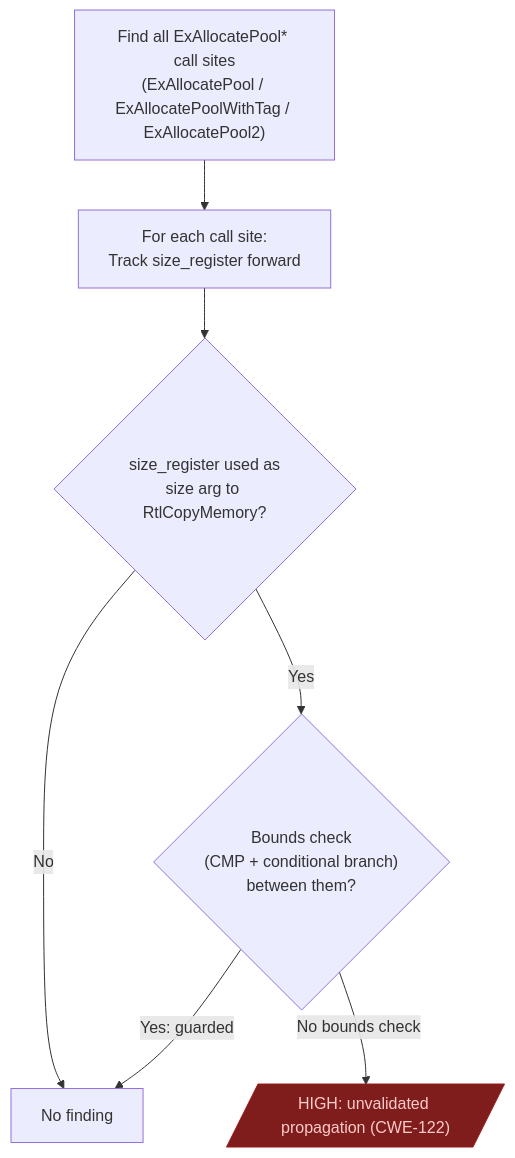
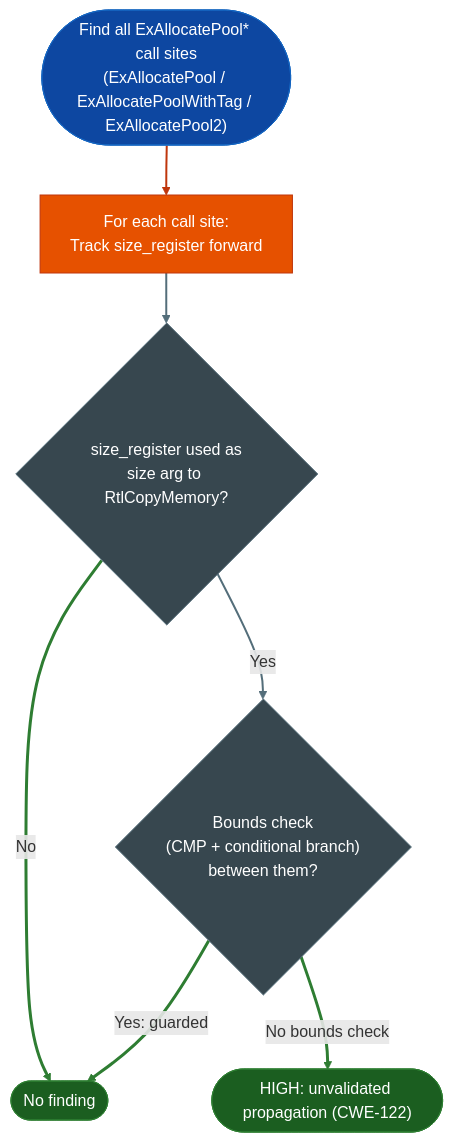
The third of 3 diagrams in docs/reference-modules/windows-pe.md (Ablation-Tool/ablation), drawn with Mermaid before and after one commit. The commit also changed other lines of this file and 320 other files, not shown here.

First line of the commit message:
docs: apply canonical Mermaid template to all 321 diagrams

````diff
--- a/docs/reference-modules/windows-pe.md
+++ b/docs/reference-modules/windows-pe.md
@@ -171,12 +198,22 @@
 ```mermaid
 flowchart TD
-    A["Find all ExAllocatePool* call sites\n(ExAllocatePool / ExAllocatePoolWithTag / ExAllocatePool2)"] --> B["For each call site:\nTrack size_register forward"]
+    A(["Find all ExAllocatePool* call sites\n(ExAllocatePool / ExAllocatePoolWithTag / ExAllocatePool2)"]):::input --> B["For each call site:\nTrack size_register forward"]:::primary
 
-    B --> C{"size_register used as\nsize arg to RtlCopyMemory?"}
-    C -->|No| D["No finding"]
-    C -->|Yes| E{"Bounds check\n(CMP + conditional branch)\nbetween them?"}
-    E -->|Yes: guarded| D
-    E -->|No bounds check| F[/"HIGH: unvalidated propagation (CWE-122)"/]
-
-    style F fill:#7f1d1d,stroke:#991b1b,color:#fecaca
+    B:::primary --> C{"size_register used as\nsize arg to RtlCopyMemory?"}:::neutral
+    C:::neutral -->|No| D(["No finding"]):::output
+    C:::neutral -->|Yes| E{"Bounds check\n(CMP + conditional branch)\nbetween them?"}:::neutral
+    E:::neutral -->|Yes: guarded| D:::output
+    E:::neutral -->|No bounds check| F(["HIGH: unvalidated propagation (CWE-122)"]):::output
+    classDef input     fill:#0d47a1,stroke:#1565c0,color:#fff
+    classDef primary   fill:#e65100,stroke:#bf360c,color:#fff
+    classDef secondary fill:#004d40,stroke:#00695c,color:#fff
+    classDef tertiary  fill:#4a148c,stroke:#6a1b9a,color:#fff
+    classDef neutral   fill:#37474f,stroke:#546e7a,color:#fff
+    classDef output    fill:#1b5e20,stroke:#2e7d32,color:#fff
+    linkStyle 0 stroke:#bf360c,stroke-width:2px
+    linkStyle 1 stroke:#546e7a,stroke-width:2px
+    linkStyle 2 stroke:#2e7d32,stroke-width:3px
+    linkStyle 3 stroke:#546e7a,stroke-width:2px
+    linkStyle 4 stroke:#2e7d32,stroke-width:3px
+    linkStyle 5 stroke:#2e7d32,stroke-width:3px
 ```
````
